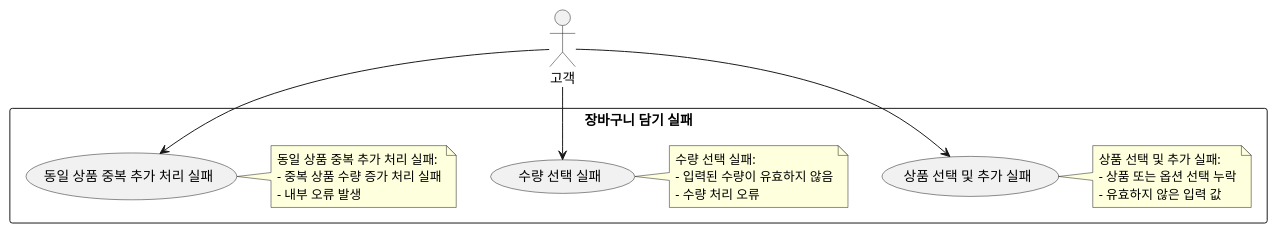
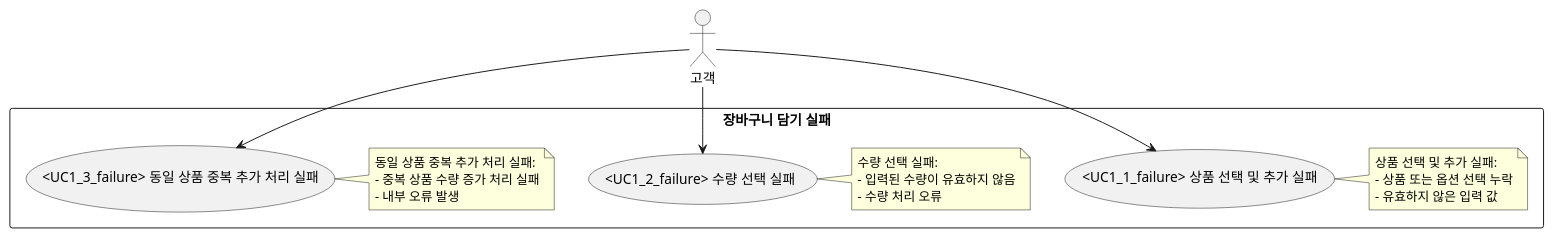
The diagram in docs/uml/cart/uc1_failure.puml (f-lab-edu/mini-mart), drawn with PlantUML before and after one commit. The commit also changed 55 other files, not shown here.

```diff
--- a/docs/uml/cart/uc1_failure.puml
+++ b/docs/uml/cart/uc1_failure.puml
@@ -1,30 +1,30 @@
 @startuml
 actor "고객" as Customer
 
 rectangle "장바구니 담기 실패" {
-  usecase "상품 선택 및 추가 실패" as UC1_1_failure
+  usecase "<UC1_1_failure> 상품 선택 및 추가 실패" as UC1_1_failure
   note right
   상품 선택 및 추가 실패:
   - 상품 또는 옵션 선택 누락
   - 유효하지 않은 입력 값
   end note
 
-  usecase "수량 선택 실패" as UC1_2_failure
+  usecase "<UC1_2_failure> 수량 선택 실패" as UC1_2_failure
   note right
   수량 선택 실패:
   - 입력된 수량이 유효하지 않음
   - 수량 처리 오류
   end note
 
-  usecase "동일 상품 중복 추가 처리 실패" as UC1_3_failure
+  usecase "<UC1_3_failure> 동일 상품 중복 추가 처리 실패" as UC1_3_failure
   note right
   동일 상품 중복 추가 처리 실패:
   - 중복 상품 수량 증가 처리 실패
   - 내부 오류 발생
   end note
 }
 
 Customer --> UC1_1_failure
 Customer --> UC1_2_failure
 Customer --> UC1_3_failure
 @enduml
```
